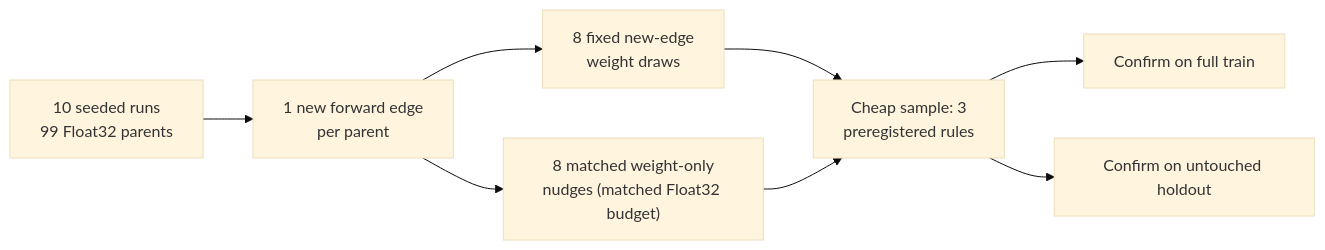
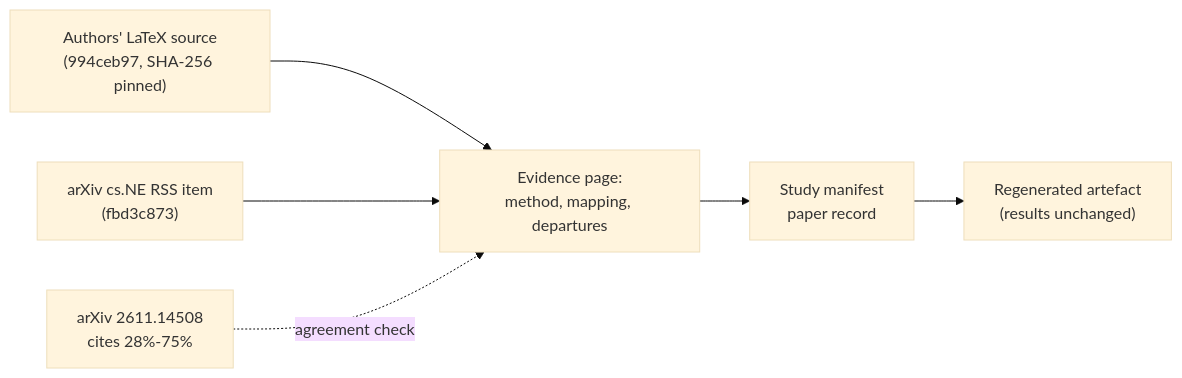
Before and after one commit to stSoftwareAU/NEAT-AI: the diagram in docs/archive/pr-summaries/pr-summary-4162.md, drawn with Mermaid (base theme). The commit also changed other lines of this file, not shown here.

First line of the commit message:
docs: PR summary for pinning the arXiv 2611.01213 method (Issue #4162)

````diff
--- a/docs/archive/pr-summaries/pr-summary-4162.md
+++ b/docs/archive/pr-summaries/pr-summary-4162.md
@@ -102,10 +83,8 @@
 ```mermaid
 flowchart LR
-    P["10 seeded runs<br/>99 Float32 parents"] --> E["1 new forward edge<br/>per parent"]
-    E --> T["8 fixed new-edge<br/>weight draws"]
-    E --> W["8 matched weight-only<br/>nudges (matched Float32 budget)"]
-    T --> C["Cheap sample: 3<br/>preregistered rules"]
-    W --> C
-    C --> F["Confirm on full train"]
-    C --> H["Confirm on untouched holdout"]
+    T["Authors' LaTeX source<br/>(994ceb97, SHA-256 pinned)"] --> M["Evidence page:<br/>method, mapping, departures"]
+    R["arXiv cs.NE RSS item<br/>(fbd3c873)"] --> M
+    C["arXiv 2611.14508<br/>cites 28%-75%"] -.agreement check.-> M
+    M --> P["Study manifest<br/>paper record"]
+    P --> J["Regenerated artefact<br/>(results unchanged)"]
 ```
````
